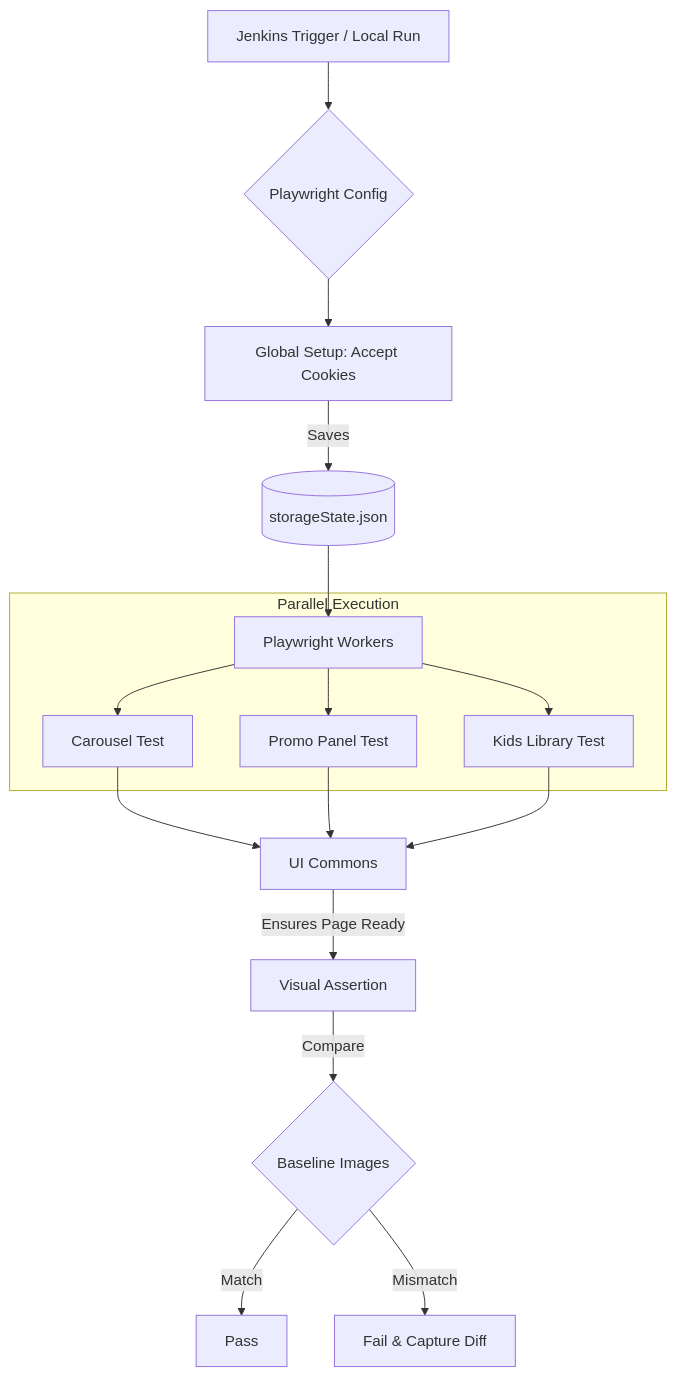
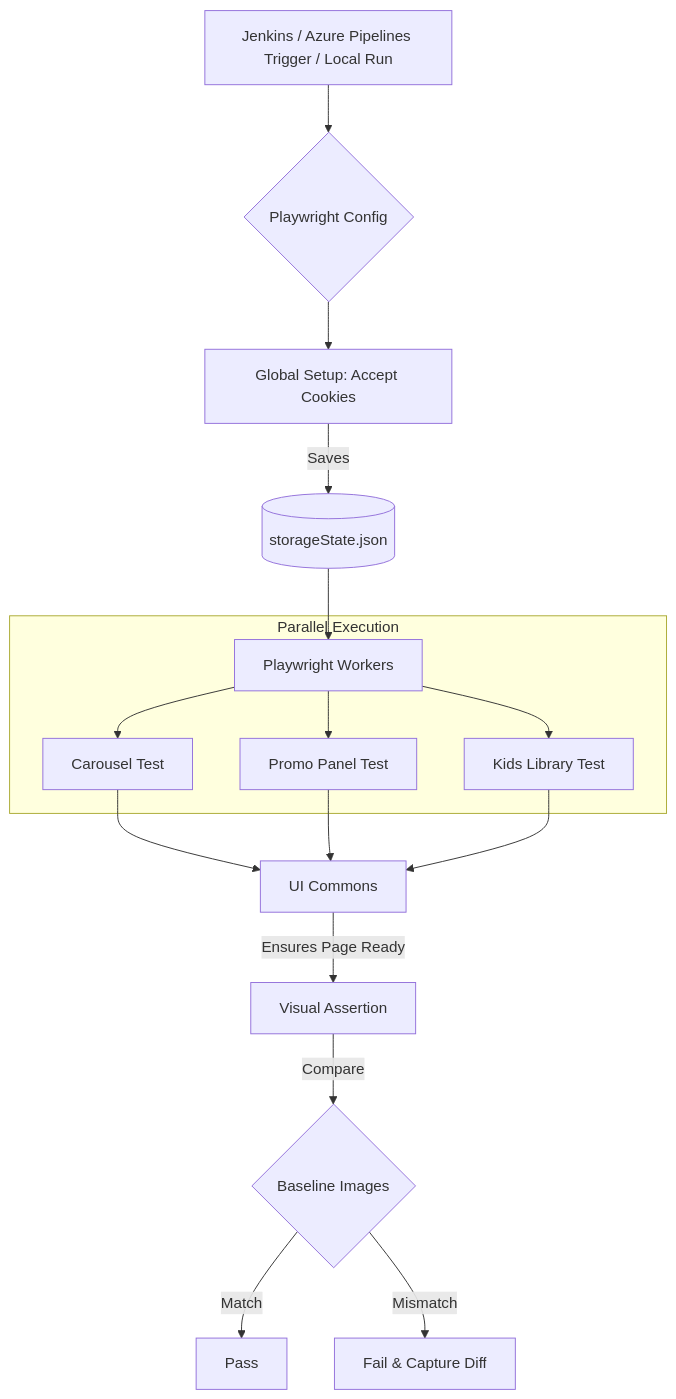
Before and after one commit to bm13gitfiles/mandg-UI-framework: the first of 4 diagrams in README.md, drawn with Mermaid. The commit also changed other lines of this file, not shown here.

Commit message:
Update README with TOC, badges, Azure DevOps pipeline, and footer

````diff
--- a/README.md
+++ b/README.md
@@ -28,23 +65,23 @@
 ```mermaid
 graph TD
-    A[Jenkins Trigger / Local Run] --> B{Playwright Config}
+    A[Jenkins / Azure Pipelines Trigger / Local Run] --> B{Playwright Config}
     B --> C[Global Setup: Accept Cookies]
     C -->|Saves| D[(storageState.json)]
     D --> E[Playwright Workers]
-    
+
     subgraph Parallel Execution
         E --> F1[Carousel Test]
         E --> F2[Promo Panel Test]
         E --> F3[Kids Library Test]
     end
 
     F1 --> G[UI Commons]
     F2 --> G
     F3 --> G
-    
+
     G -->|Ensures Page Ready| H[Visual Assertion]
     H -->|Compare| I{Baseline Images}
-    
+
     I -->|Match| J[Pass]
     I -->|Mismatch| K[Fail & Capture Diff]
 ```
````
